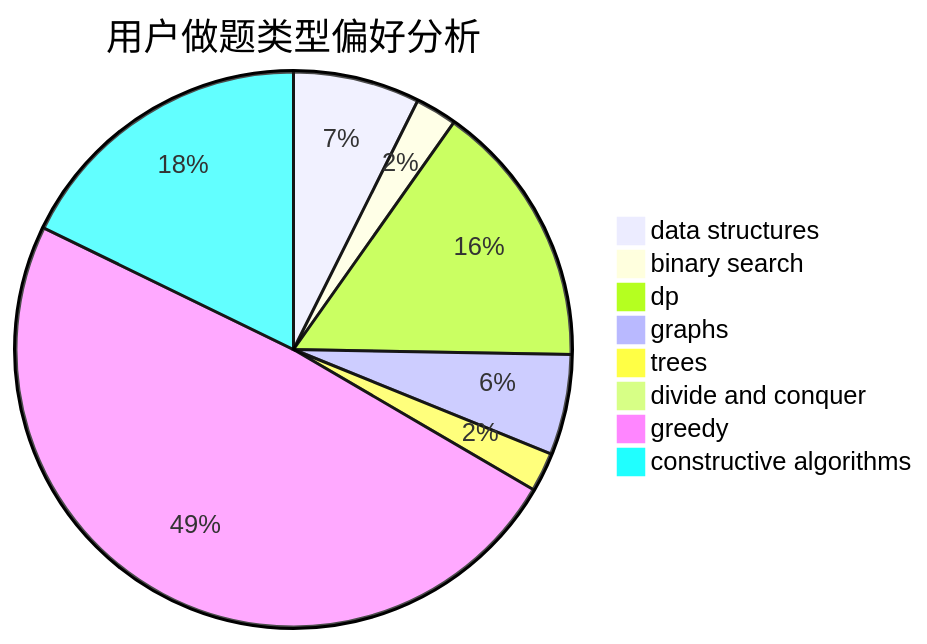
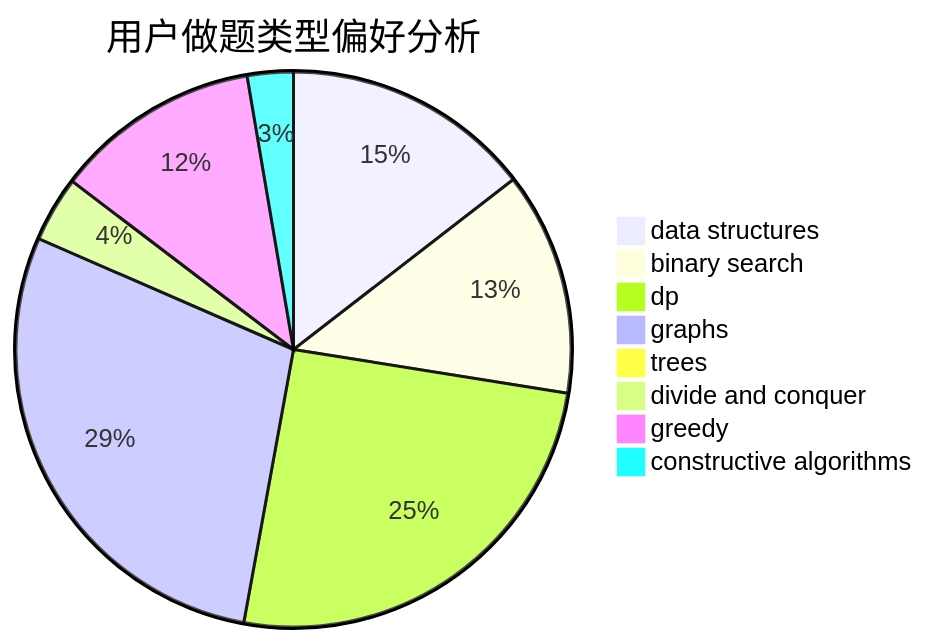
The second of 3 diagrams in docs/user/u1338.md (sherpahu/cfrs.github.io), drawn with Mermaid before and after one commit. The commit also changed other lines of this file and 2770 other files, not shown here.

````diff
--- a/docs/user/u1338.md
+++ b/docs/user/u1338.md
@@ -23,11 +23,11 @@
 ```mermaid
 pie title 用户做题类型偏好分析
-    "data structures" :  58
-    "binary search" :  19
-    "dp" :  122
-    "graphs" :  46
-    "trees" :  18
-    "divide and conquer" :  0
-    "greedy" :  384
-    "constructive algorithms" :  140
+    "data structures" :  114
+    "binary search" :  102
+    "dp" :  199
+    "graphs" :  225
+    "trees" :  0
+    "divide and conquer" :  30
+    "greedy" :  94
+    "constructive algorithms" :  21
 ```
````
